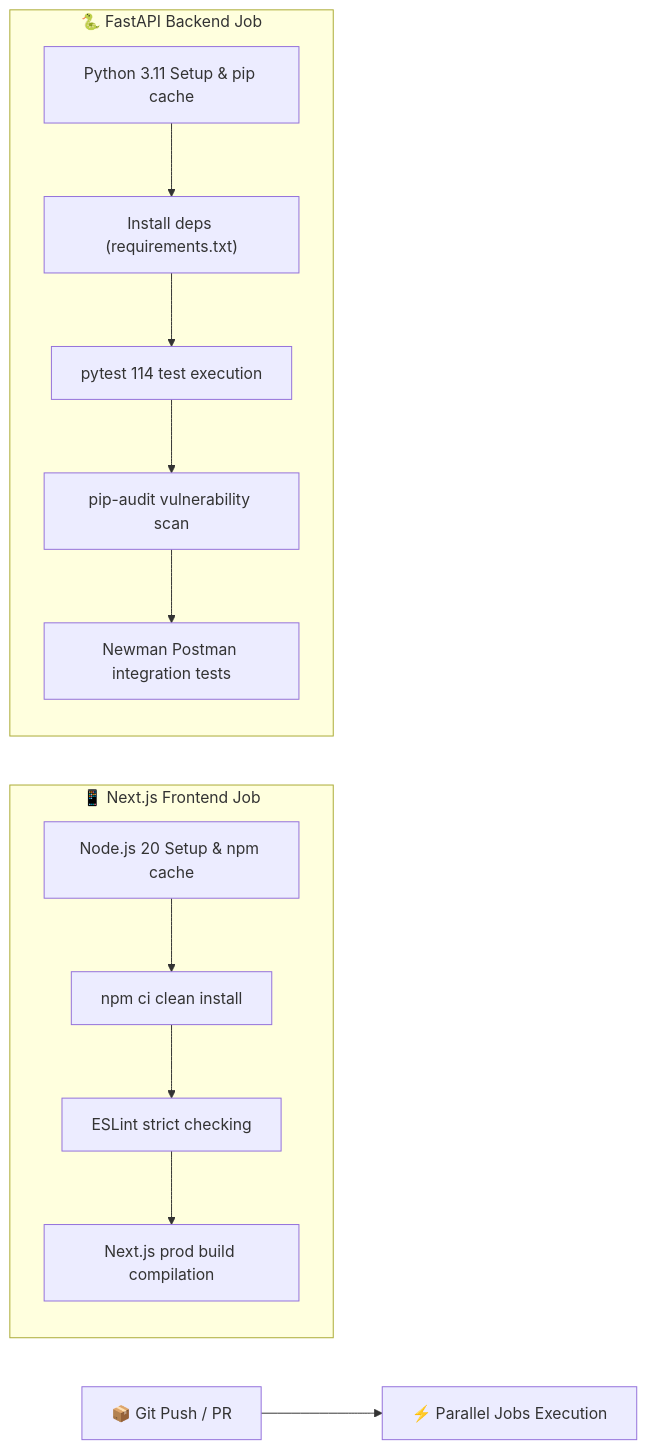
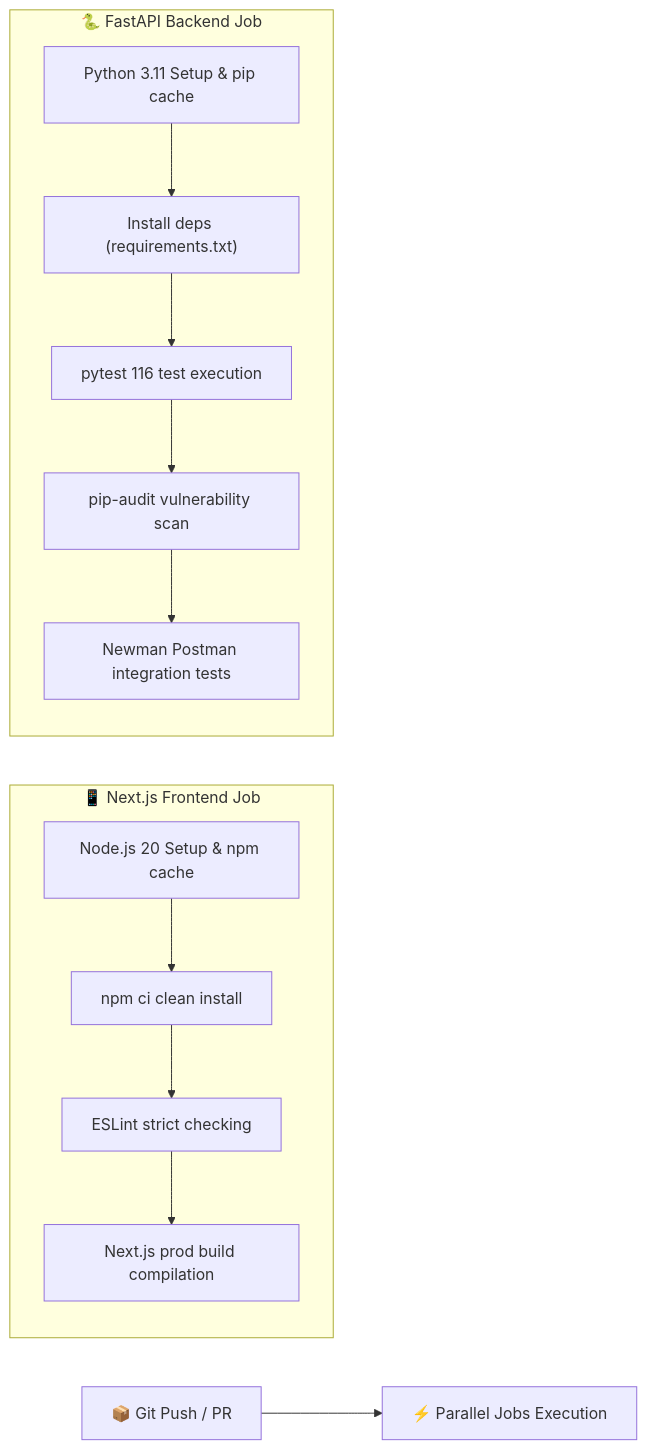
Diagram 11 of 12 in README.md (Anil-Pradhan-web/ai-career-mentor), drawn with Mermaid before and after one commit. The commit also changed other lines of this file and 1 other file, not shown here.

````diff
--- a/README.md
+++ b/README.md
@@ -660,19 +676,19 @@
 ```mermaid
 flowchart LR
     TRIGGER["📦 Git Push / PR"] --> PARALLEL["⚡ Parallel Jobs Execution"]
     
     subgraph "📱 Next.js Frontend Job"
         F1["Node.js 20 Setup & npm cache"]
         F1 --> F2["npm ci clean install"]
         F2 --> F3["ESLint strict checking"]
         F3 --> F4["Next.js prod build compilation"]
     end
     
     subgraph "🐍 FastAPI Backend Job"
         B1["Python 3.11 Setup & pip cache"]
         B1 --> B2["Install deps (requirements.txt)"]
-        B2 --> B3["pytest 114 test execution"]
+        B2 --> B3["pytest 116 test execution"]
         B3 --> B4["pip-audit vulnerability scan"]
         B4 --> B5["Newman Postman integration tests"]
     end
 ```
````
